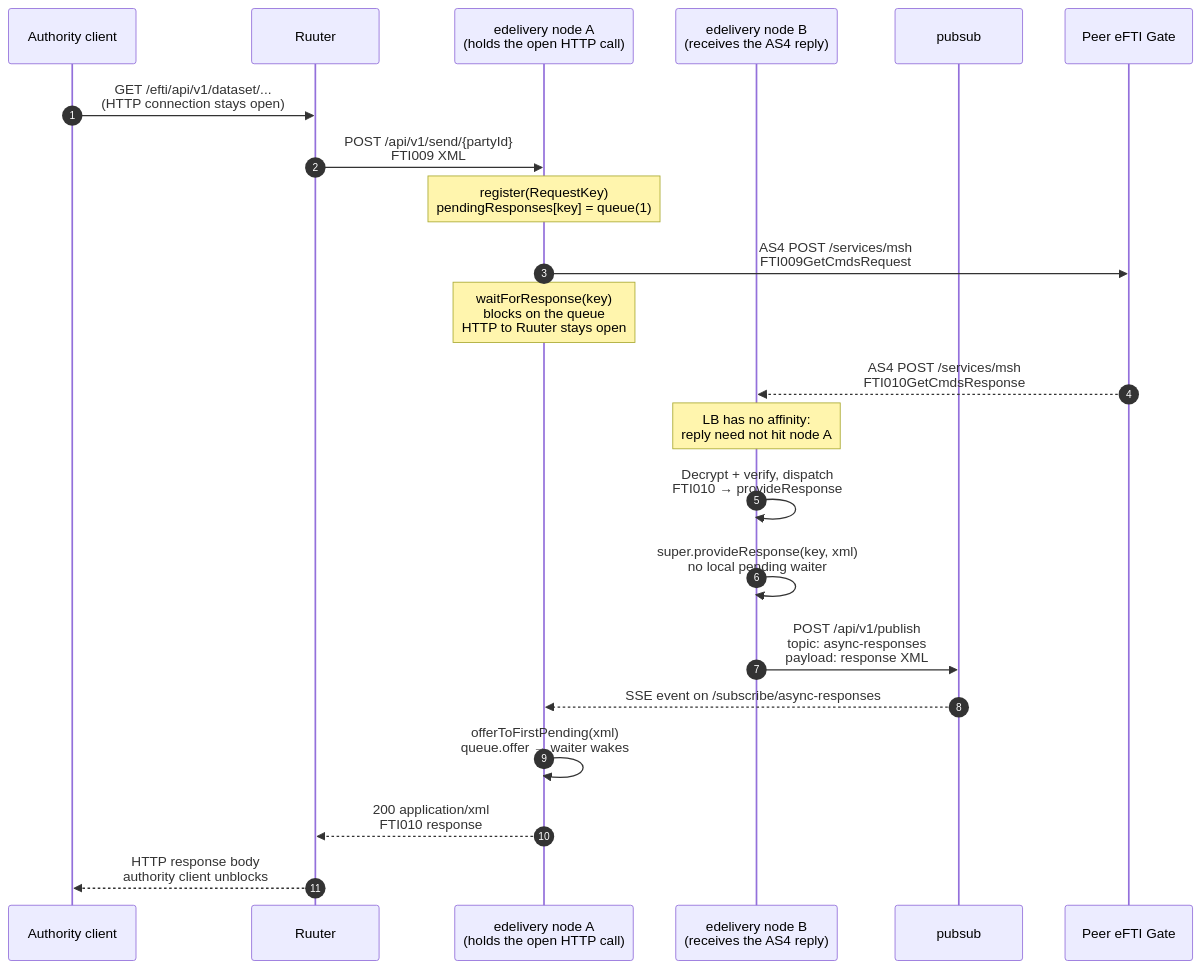
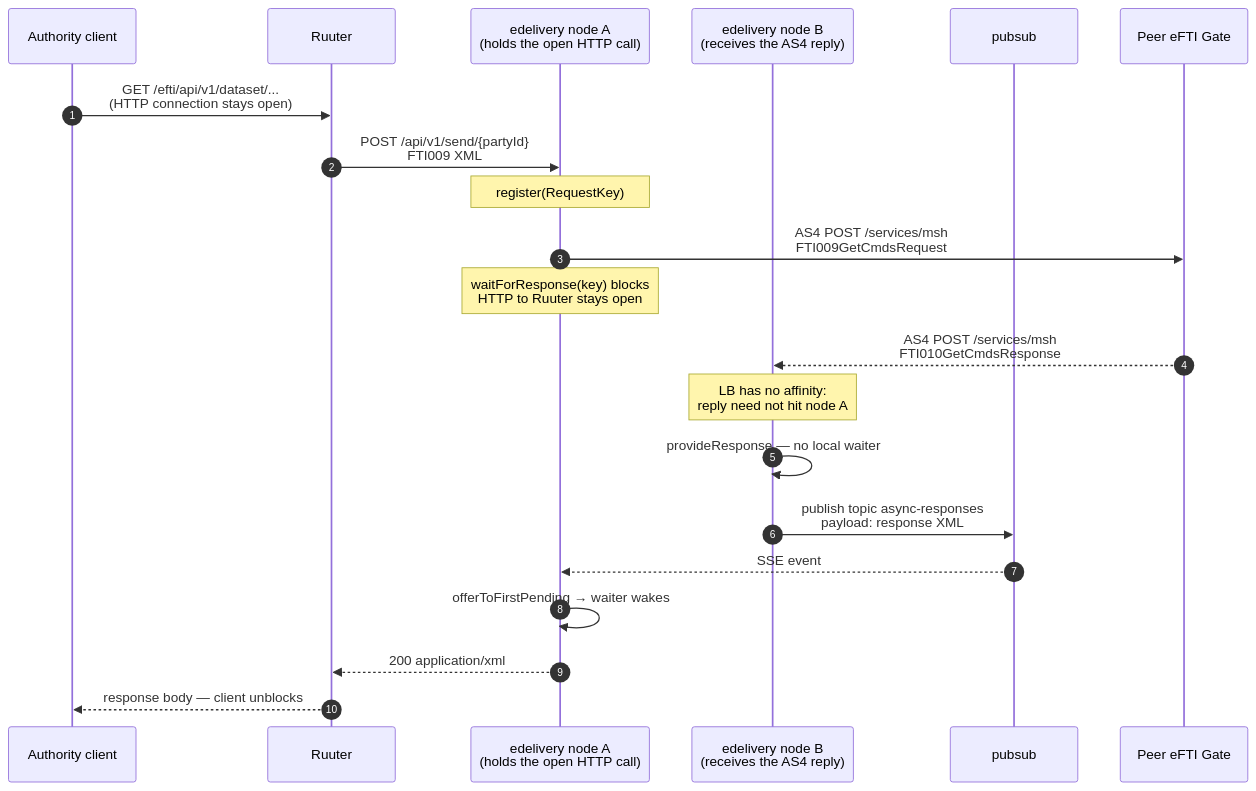
The diagram in docs/architecture/eDelivery-multi-node-support.md (kemit-ee/efti-gate-ee), drawn with Mermaid before and after one commit. The commit also changed other lines of this file, not shown here.

````diff
--- a/docs/architecture/eDelivery-multi-node-support.md
+++ b/docs/architecture/eDelivery-multi-node-support.md
@@ -60,25 +37,24 @@
 ```mermaid
 sequenceDiagram
     autonumber
     participant C as Authority client
     participant R as Ruuter
     participant EA as edelivery node A<br/>(holds the open HTTP call)
     participant EB as edelivery node B<br/>(receives the AS4 reply)
     participant P as pubsub
     participant PG as Peer eFTI Gate
 
     C->>R: GET /efti/api/v1/dataset/...<br/>(HTTP connection stays open)
     R->>EA: POST /api/v1/send/{partyId}<br/>FTI009 XML
-    Note over EA: register(RequestKey)<br/>pendingResponses[key] = queue(1)
+    Note over EA: register(RequestKey)
     EA->>PG: AS4 POST /services/msh<br/>FTI009GetCmdsRequest
-    Note over EA: waitForResponse(key)<br/>blocks on the queue<br/>HTTP to Ruuter stays open
+    Note over EA: waitForResponse(key) blocks<br/>HTTP to Ruuter stays open
     PG-->>EB: AS4 POST /services/msh<br/>FTI010GetCmdsResponse
     Note over EB: LB has no affinity:<br/>reply need not hit node A
-    EB->>EB: Decrypt + verify, dispatch<br/>FTI010 → provideResponse
-    EB->>EB: super.provideResponse(key, xml)<br/>no local pending waiter
-    EB->>P: POST /api/v1/publish<br/>topic: async-responses<br/>payload: response XML
-    P-->>EA: SSE event on /subscribe/async-responses
-    EA->>EA: offerToFirstPending(xml)<br/>queue.offer → waiter wakes
-    EA-->>R: 200 application/xml<br/>FTI010 response
-    R-->>C: HTTP response body<br/>authority client unblocks
+    EB->>EB: provideResponse — no local waiter
+    EB->>P: publish topic async-responses<br/>payload: response XML
+    P-->>EA: SSE event
+    EA->>EA: offerToFirstPending → waiter wakes
+    EA-->>R: 200 application/xml
+    R-->>C: response body — client unblocks
 ```
````
